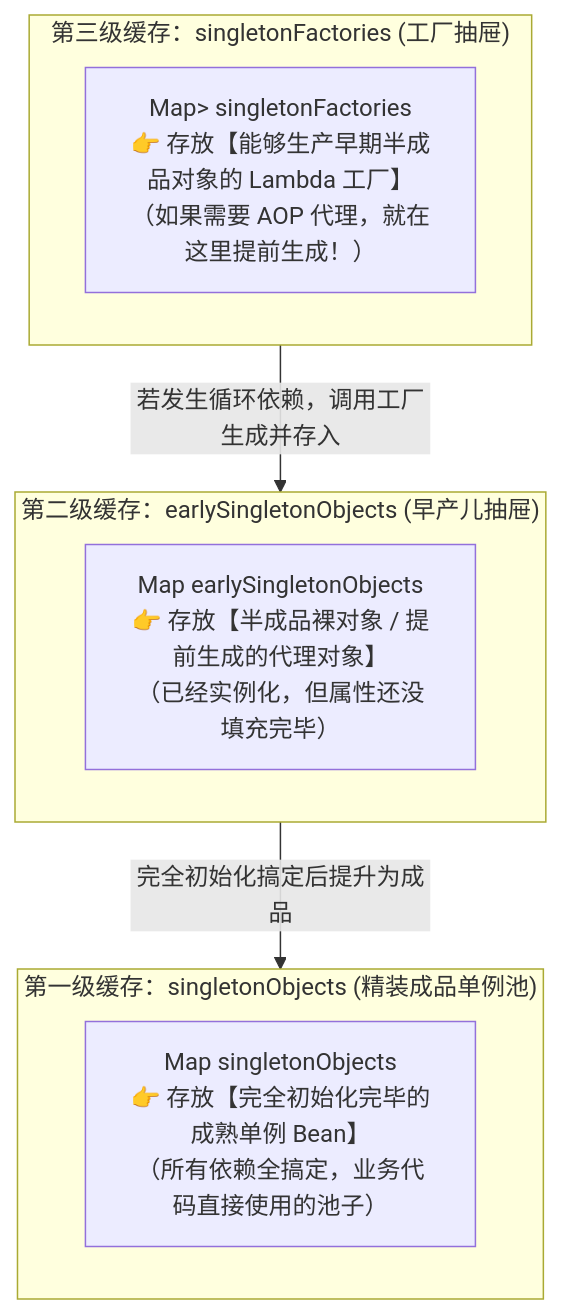
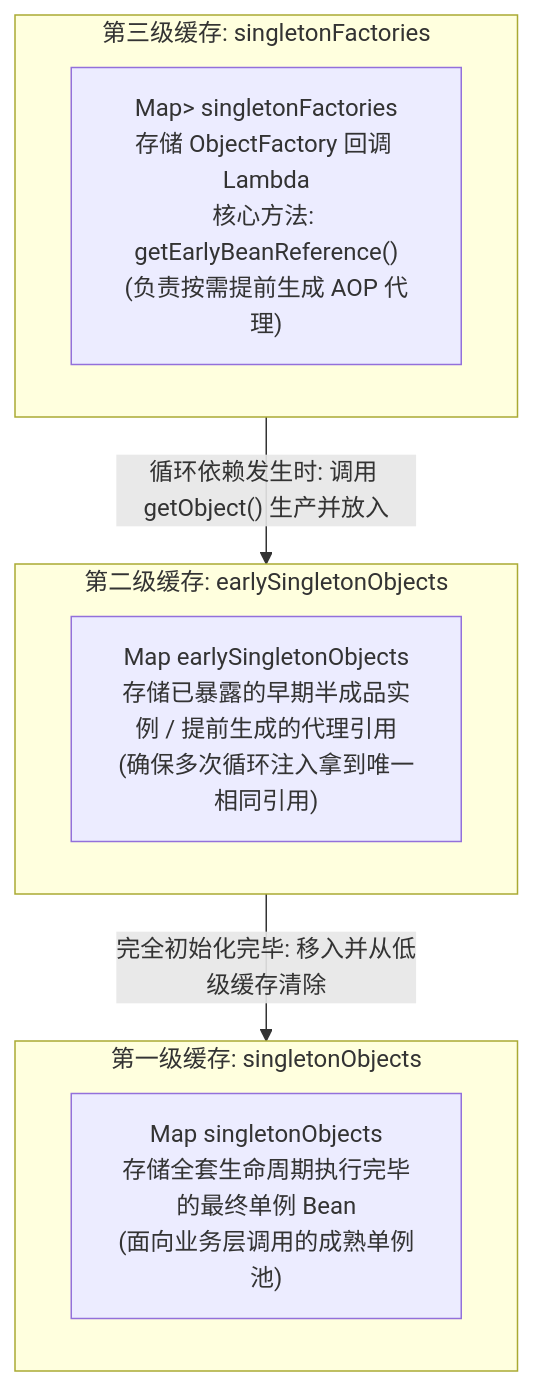
Before and after one commit to GuoWWWX/knowledge-base: the second of 3 diagrams in 20-Java后端/04-Spring生态/13-Spring循环依赖与三级缓存.md, drawn with Mermaid. The commit also changed other lines of this file and 234 other files, not shown here.

````diff
--- a/20-Java后端/04-Spring生态/13-Spring循环依赖与三级缓存.md
+++ b/20-Java后端/04-Spring生态/13-Spring循环依赖与三级缓存.md
@@ -65,17 +60,17 @@
 ```mermaid
 flowchart TD
-    subgraph L3["第三级缓存：singletonFactories (工厂抽屉)"]
-        C3["Map<String, ObjectFactory<?>> singletonFactories<br/>👉 存放【能够生产早期半成品对象的 Lambda 工厂】<br/>（如果需要 AOP 代理，就在这里提前生成！）"]
+    subgraph L3["第三级缓存: singletonFactories"]
+        C3["Map<String, ObjectFactory<?>> singletonFactories<br/>存储 ObjectFactory 回调 Lambda<br/>核心方法: getEarlyBeanReference()<br/>(负责按需提前生成 AOP 代理)"]
     end
 
-    subgraph L2["第二级缓存：earlySingletonObjects (早产儿抽屉)"]
-        C2["Map<String, Object> earlySingletonObjects<br/>👉 存放【半成品裸对象 / 提前生成的代理对象】<br/>（已经实例化，但属性还没填充完毕）"]
+    subgraph L2["第二级缓存: earlySingletonObjects"]
+        C2["Map<String, Object> earlySingletonObjects<br/>存储已暴露的早期半成品实例 / 提前生成的代理引用<br/>(确保多次循环注入拿到唯一相同引用)"]
     end
 
-    subgraph L1["第一级缓存：singletonObjects (精装成品单例池)"]
-        C1["Map<String, Object> singletonObjects<br/>👉 存放【完全初始化完毕的成熟单例 Bean】<br/>（所有依赖全搞定，业务代码直接使用的池子）"]
+    subgraph L1["第一级缓存: singletonObjects"]
+        C1["Map<String, Object> singletonObjects<br/>存储全套生命周期执行完毕的最终单例 Bean<br/>(面向业务层调用的成熟单例池)"]
     end
 
-    L3 -->|若发生循环依赖，调用工厂生成并存入| L2
-    L2 -->|完全初始化搞定后提升为成品| L1
+    L3 -->|"循环依赖发生时: 调用 getObject() 生产并放入"| L2
+    L2 -->|"完全初始化完毕: 移入并从低级缓存清除"| L1
 ```
````
